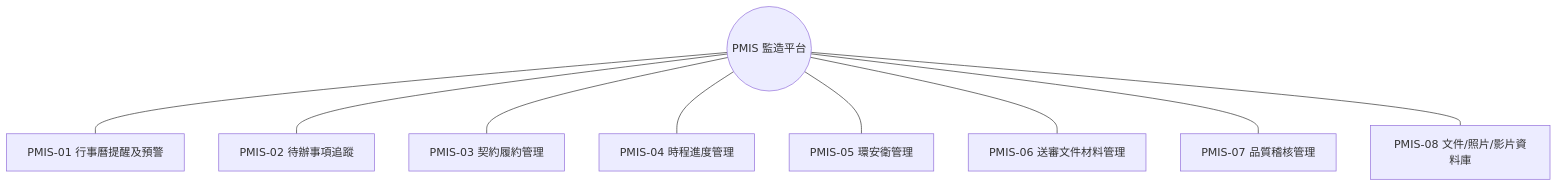
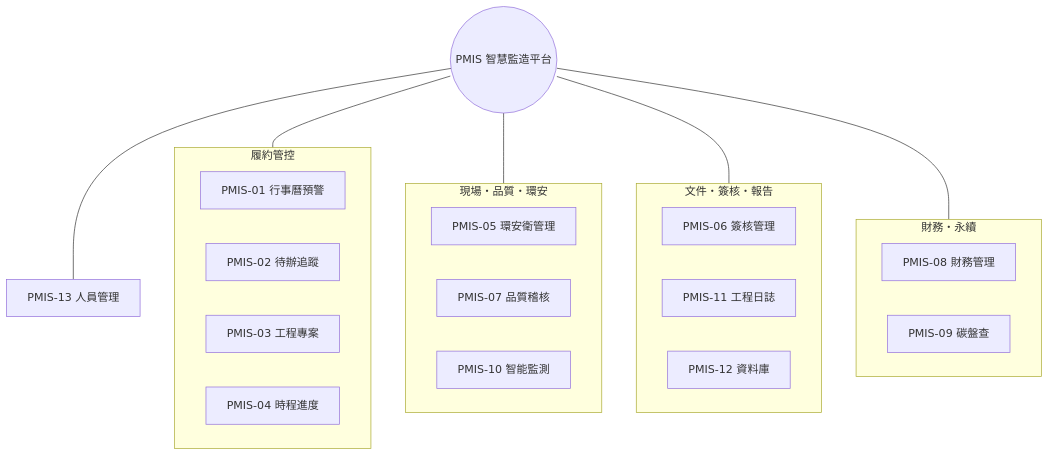
One commit to CAFECA-IO/PMIS changed the first of 2 diagrams in src/content/feature-guide.md. Above: the diagram before and after it, drawn with Mermaid. The commit also changed other lines of this file and 77 other files, not shown here.

First line of the commit message:
feat: 新增財務/碳盤查/智能監測/工程日誌模組、登入權限與費思 AI、RWD

````diff
--- a/src/content/feature-guide.md
+++ b/src/content/feature-guide.md
@@ -7,14 +7,26 @@
 ```mermaid
 flowchart TB
-  HUB(("PMIS 監造平台"))
-  M1["PMIS-01 行事曆提醒及預警"]
-  M2["PMIS-02 待辦事項追蹤"]
-  M3["PMIS-03 契約履約管理"]
-  M4["PMIS-04 時程進度管理"]
-  M5["PMIS-05 環安衛管理"]
-  M6["PMIS-06 送審文件材料管理"]
-  M7["PMIS-07 品質稽核管理"]
-  M8["PMIS-08 文件/照片/影片資料庫"]
-  HUB --- M1 & M2 & M3 & M4
-  HUB --- M5 & M6 & M7 & M8
+  HUB(("PMIS 智慧監造平台"))
+  subgraph A[履約管控]
+    M1[PMIS-01 行事曆預警]
+    M2[PMIS-02 待辦追蹤]
+    M3[PMIS-03 工程專案]
+    M4[PMIS-04 時程進度]
+  end
+  subgraph B[現場・品質・環安]
+    M5[PMIS-05 環安衛管理]
+    M7[PMIS-07 品質稽核]
+    M10[PMIS-10 智能監測]
+  end
+  subgraph C[文件・簽核・報告]
+    M6[PMIS-06 簽核管理]
+    M11[PMIS-11 工程日誌]
+    M12[PMIS-12 資料庫]
+  end
+  subgraph D[財務・永續]
+    M8[PMIS-08 財務管理]
+    M9[PMIS-09 碳盤查]
+  end
+  M13[PMIS-13 人員管理]
+  HUB --- A & B & C & D & M13
 ```
````
